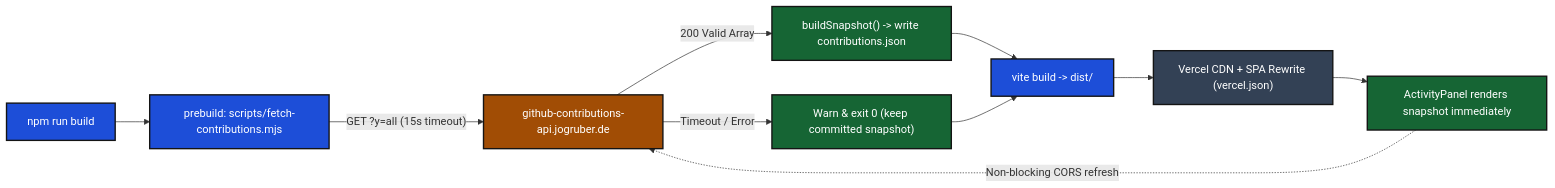
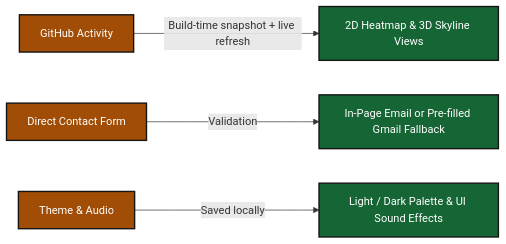
One commit to EcomineAI/portfolioJVRS- changed the second of 2 diagrams in README.md. Above: the diagram before and after it, drawn with Mermaid. The commit also changed other lines of this file, not shown here.

````diff
--- a/README.md
+++ b/README.md
@@ -247,22 +60,13 @@
 ```mermaid
 flowchart LR
-  classDef build fill:#1d4ed8,stroke:#141414,stroke-width:2px,color:#ffffff
-  classDef ext fill:#a14d05,stroke:#141414,stroke-width:2px,color:#ffffff
-  classDef ok fill:#166534,stroke:#141414,stroke-width:2px,color:#ffffff
-  classDef edge fill:#334155,stroke:#141414,stroke-width:2px,color:#ffffff
+  classDef source fill:#a14d05,stroke:#141414,stroke-width:2px,color:#ffffff
+  classDef flow fill:#1d4ed8,stroke:#141414,stroke-width:2px,color:#ffffff
+  classDef view fill:#166534,stroke:#141414,stroke-width:2px,color:#ffffff
 
-  CMD["npm run build"] --> PRE["prebuild: scripts/fetch-contributions.mjs"]
-  PRE -->|"GET ?y=all (15s timeout)"| API["github-contributions-api.jogruber.de"]
-  API -->|"200 Valid Array"| SNAP["buildSnapshot() -> write contributions.json"]
-  API -->|"Timeout / Error"| KEEP["Warn & exit 0 (keep committed snapshot)"]
-  SNAP --> VITE["vite build -> dist/"]
-  KEEP --> VITE
-  VITE --> VERCEL["Vercel CDN + SPA Rewrite (vercel.json)"]
-  VERCEL --> CLIENT["ActivityPanel renders snapshot immediately"]
-  CLIENT -.->|"Non-blocking CORS refresh"| API
+  GH["GitHub Activity"] -->|"Build-time snapshot + live refresh"| GHV["2D Heatmap & 3D Skyline Views"]
+  FORM["Direct Contact Form"] -->|"Validation"| MAIL["In-Page Email or Pre-filled Gmail Fallback"]
+  PREFS["Theme & Audio"] -->|"Saved locally"| UI["Light / Dark Palette & UI Sound Effects"]
 
-  class CMD,PRE,VITE build
-  class API ext
-  class SNAP,KEEP,CLIENT ok
-  class VERCEL edge
+  class GH,FORM,PREFS source
+  class GHV,MAIL,UI view
 ```
````
